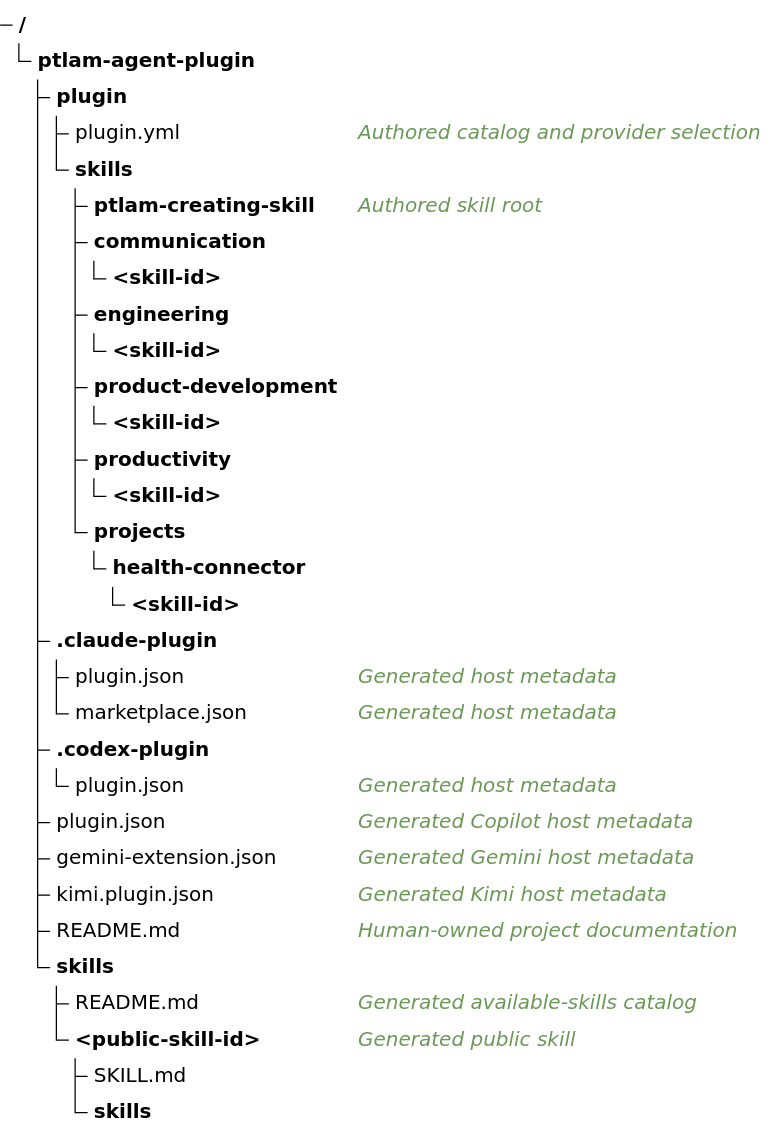
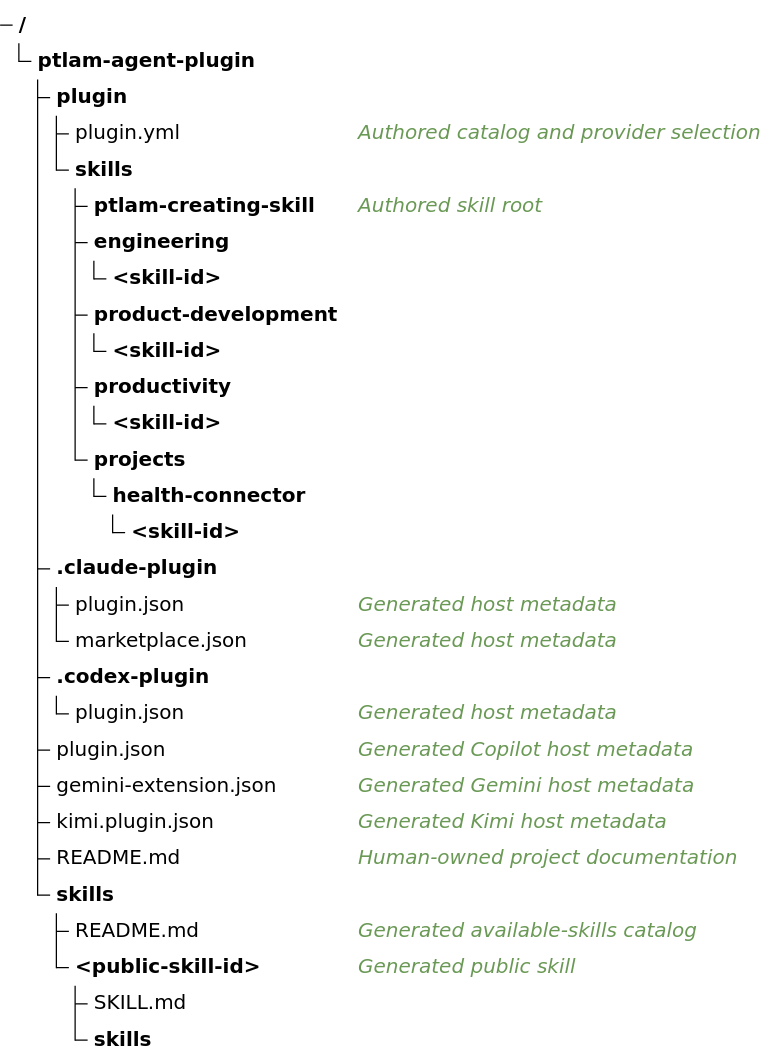
The diagram in docs/DEVELOPMENT.md (fam-tung-lam/ptlam-agent-plugin), drawn with Mermaid (forest theme) before and after one commit. The commit also changed 90 other files, not shown here.

````diff
--- a/docs/DEVELOPMENT.md
+++ b/docs/DEVELOPMENT.md
@@ -42,33 +42,31 @@
 ```mermaid
 treeView-beta
     ptlam-agent-plugin/
         plugin/
             plugin.yml ## Authored catalog and provider selection
             skills/
                 ptlam-creating-skill/ ## Authored skill root
-                communication/
-                    <skill-id>/
                 engineering/
                     <skill-id>/
                 product-development/
                     <skill-id>/
                 productivity/
                     <skill-id>/
                 projects/
                     health-connector/
                         <skill-id>/
         .claude-plugin/
             plugin.json ## Generated host metadata
             marketplace.json ## Generated host metadata
         .codex-plugin/
             plugin.json ## Generated host metadata
         plugin.json ## Generated Copilot host metadata
         gemini-extension.json ## Generated Gemini host metadata
         kimi.plugin.json ## Generated Kimi host metadata
         README.md ## Human-owned project documentation
         skills/
             README.md ## Generated available-skills catalog
             <public-skill-id>/ ## Generated public skill
                 SKILL.md
                 skills/
 ```
````
